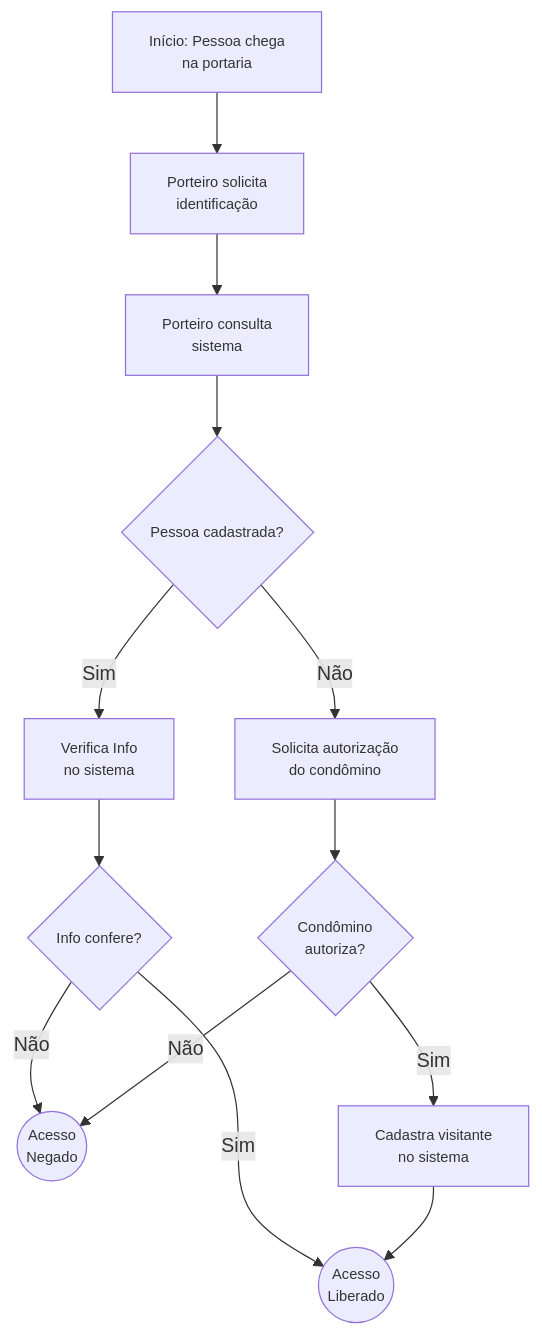
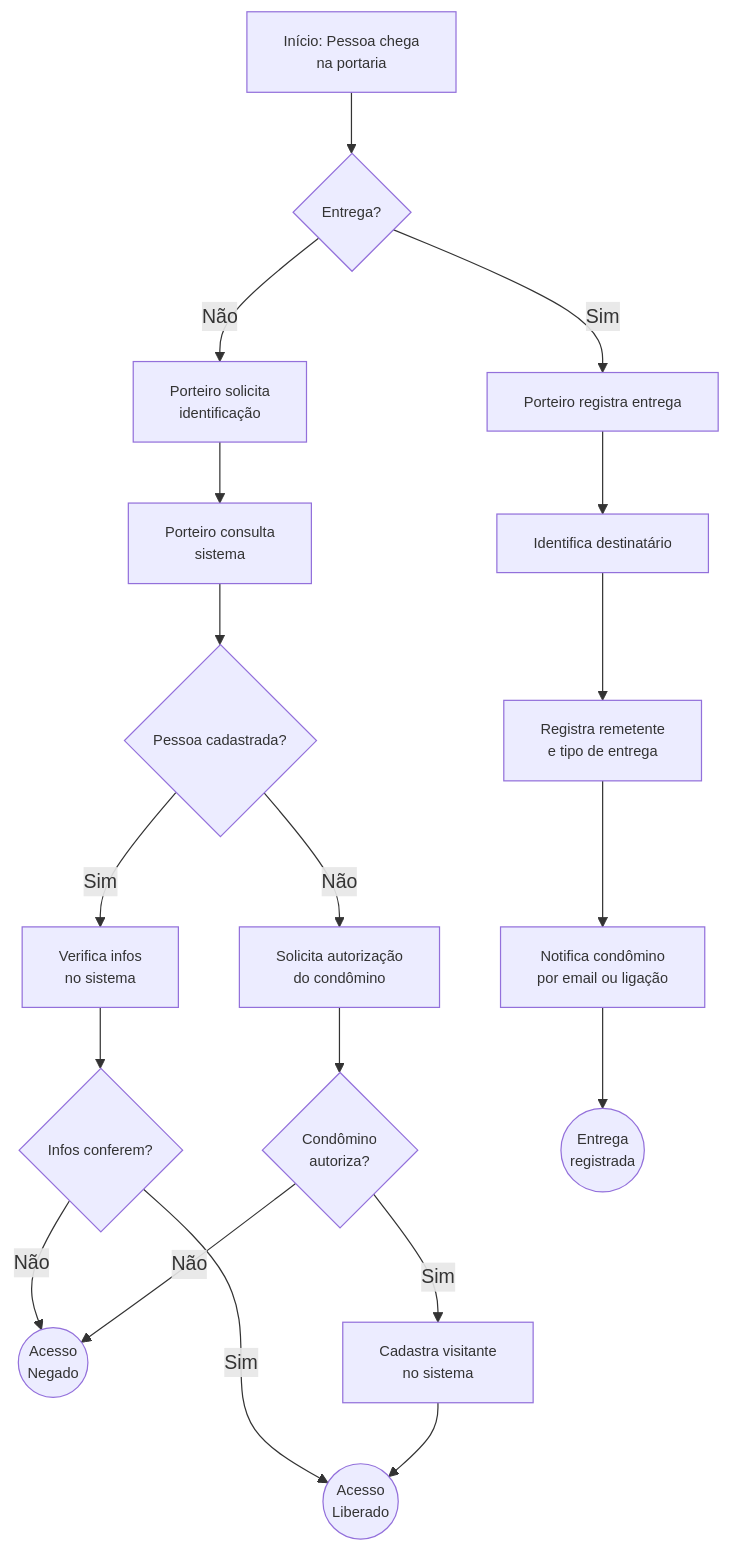
Before and after one commit to daniel-trindade/Condominium: the first of 2 diagrams in diagramas.md, drawn with Mermaid. The commit also changed other lines of this file, not shown here.

Commit message:
diagrams update

````diff
--- a/diagramas.md
+++ b/diagramas.md
@@ -1,21 +5,29 @@
 ```mermaid
 graph TD
     classDef s_font font-size:12px;
 
-    A[Início: Pessoa chega<br>na portaria] --> B[Porteiro solicita<br>identificação];
+    A[Início: Pessoa chega<br>na portaria] --> R{Entrega?};
+
+    R -- Não --> B[Porteiro solicita<br>identificação];
     B --> C[Porteiro consulta<br>sistema];
     C --> D{Pessoa cadastrada?};
-
-    D -- Sim --> E[Verifica Info<br>no sistema];
-    E --> F{Info confere?};
+    D -- Sim --> E[Verifica infos<br>no sistema];
+    E --> F{Infos conferem?};
     F -- Sim --> G((Acesso<br>Liberado));
     F -- Não --> H((Acesso<br>Negado));
 
     D -- Não --> J[Solicita autorização<br>do condômino];
     J --> K{Condômino<br>autoriza?};
     K -- Sim --> L[Cadastra visitante<br>no sistema];
     L --> G;
     K -- Não --> H;
 
-    class A,B,C,D,E,F,G,H,J,K,L s_font;
+    R -- Sim --> M[Porteiro registra entrega];
+    M --> N[Identifica destinatário];
+    N --> O[Registra remetente<br>e tipo de entrega];
+
+    O --> P[Notifica condômino<br>por email ou ligação];
+    P --> Q((Entrega<br>registrada));
+
+    class A,B,C,D,E,F,G,H,J,K,L,M,N,O,P,Q,R s_font;
 ```
````
